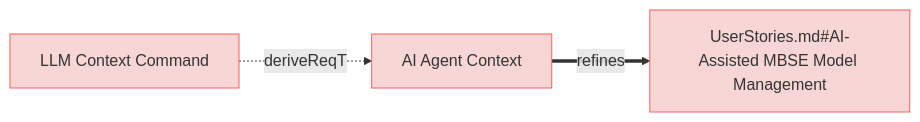
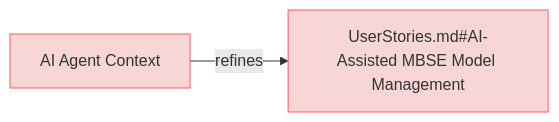
The eighth of 9 diagrams in specifications/UserRequirements.md (reqvire-org/reqvire), drawn with Mermaid before and after one commit. The commit also changed other lines of this file and 65 other files, not shown here.

Commit message:
Diagram generation bug fix: there were opposite relations included.

````diff
--- a/specifications/UserRequirements.md
+++ b/specifications/UserRequirements.md
@@ -791,20 +635,16 @@
 ```mermaid
 graph LR;
   %% Graph styling
   classDef requirement fill:#f9d6d6,stroke:#f55f5f,stroke-width:1px;
   classDef verification fill:#d6f9d6,stroke:#5fd75f,stroke-width:1px;
   classDef externalLink fill:#d0e0ff,stroke:#3080ff,stroke-width:1px;
   classDef default fill:#f5f5f5,stroke:#333333,stroke-width:1px;
 
-  5a6fc253c5["AI Agent Context"];
-  click 5a6fc253c5 "UserRequirements.md#ai-agent-context";
-  class 5a6fc253c5 requirement;
-  2b35b7b37d["UserStories.md#AI-Assisted MBSE Model Management"];
-  class 2b35b7b37d requirement;
-  click 2b35b7b37d "UserStories.md#ai-assisted-mbse-model-management";
-  5a6fc253c5 ==>|refines| 2b35b7b37d;
-  8ba9c7e059["LLM Context Command"];
-  class 8ba9c7e059 requirement;
-  click 8ba9c7e059 "SystemRequirements/Requirements.md#llm-context-command";
-  8ba9c7e059 -.->|deriveReqT| 5a6fc253c5;
+  5a6fc253c51845b6["AI Agent Context"];
+  click 5a6fc253c51845b6 "UserRequirements.md#ai-agent-context";
+  class 5a6fc253c51845b6 requirement;
+  2b35b7b37d52d4e6["UserStories.md#AI-Assisted MBSE Model Management"];
+  class 2b35b7b37d52d4e6 requirement;
+  click 2b35b7b37d52d4e6 "UserStories.md#ai-assisted-mbse-model-management";
+  5a6fc253c51845b6 -->|refines| 2b35b7b37d52d4e6;
 ```
````
